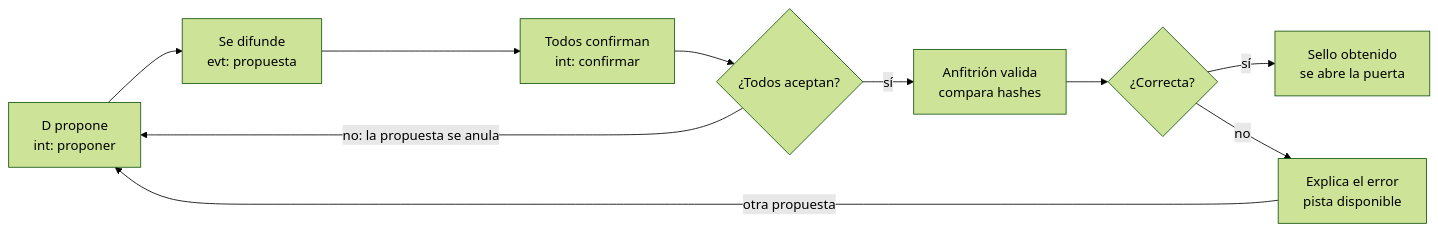
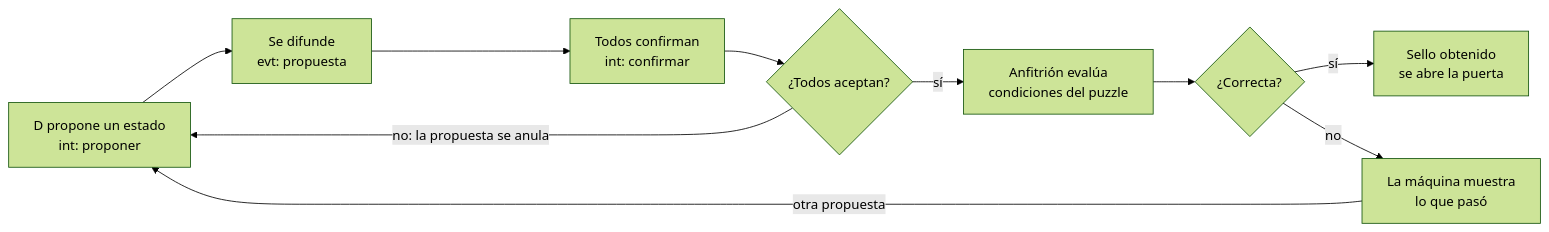
Before and after one commit to Jssosaa1024/la-ultima-prueba: the diagram in docs/especificacion-tecnica.md, drawn with Mermaid (forest theme). The commit also changed other lines of this file and 4 other files, not shown here.

````diff
--- a/docs/especificacion-tecnica.md
+++ b/docs/especificacion-tecnica.md
@@ -512,12 +479,12 @@
 ```mermaid
 flowchart LR
-    A["D propone<br/>int: proponer"] --> B["Se difunde<br/>evt: propuesta"]
+    A["D propone un estado<br/>int: proponer"] --> B["Se difunde<br/>evt: propuesta"]
     B --> C["Todos confirman<br/>int: confirmar"]
     C --> D{"¿Todos aceptan?"}
     D -- "no: la propuesta se anula" --> A
-    D -- "sí" --> E["Anfitrión valida<br/>compara hashes"]
+    D -- "sí" --> E["Anfitrión evalúa<br/>condiciones del puzzle"]
     E --> F{"¿Correcta?"}
     F -- "sí" --> G["Sello obtenido<br/>se abre la puerta"]
-    F -- "no" --> H["Explica el error<br/>pista disponible"]
+    F -- "no" --> H["La máquina muestra<br/>lo que pasó"]
     H -- "otra propuesta" --> A
 ```
````
